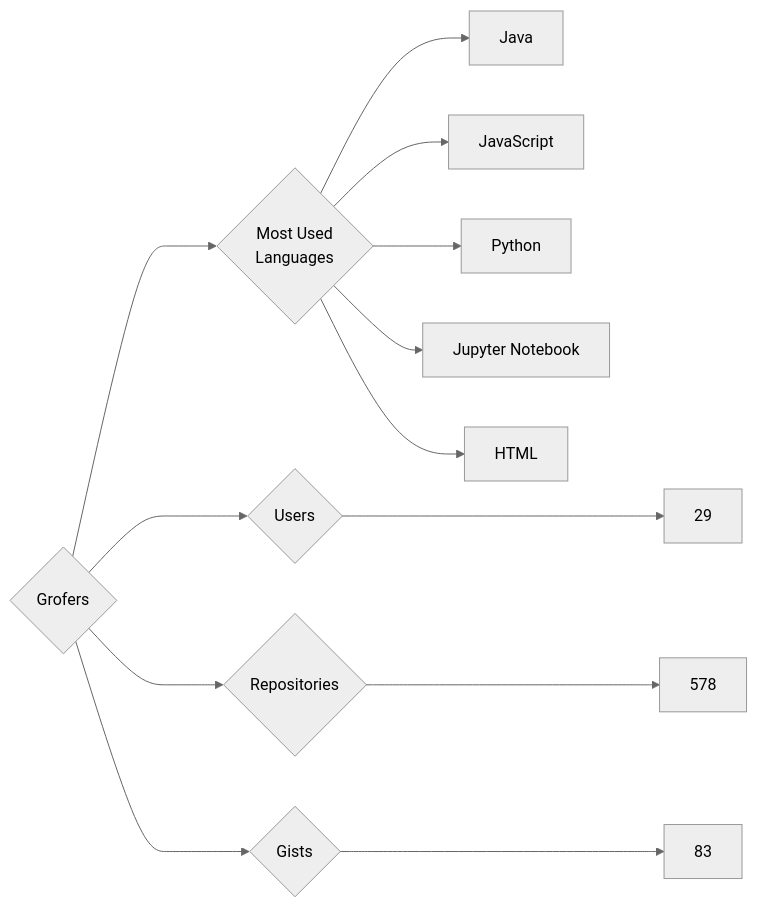
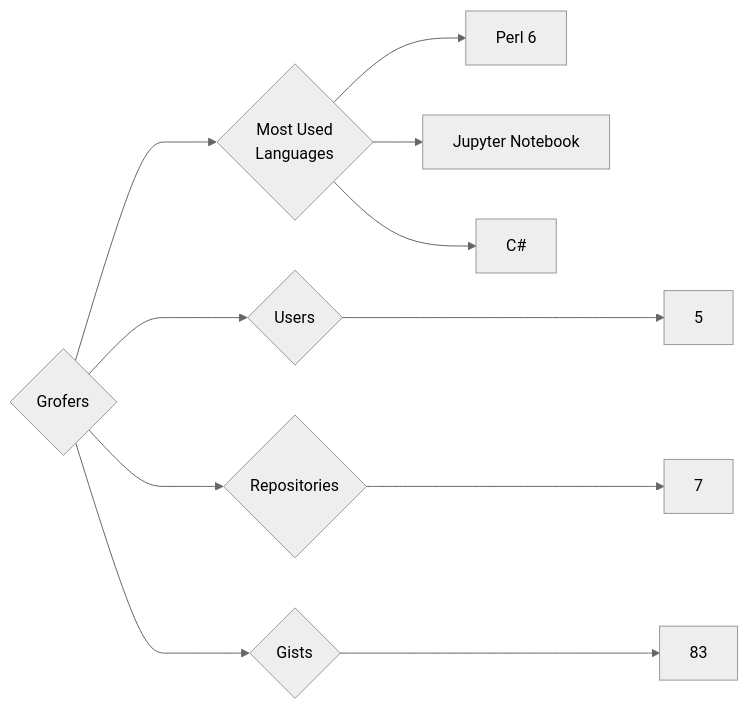
Before and after one commit to trickest/insiders: the diagram in targets/Grofers/README.md, drawn with Mermaid (neutral theme). The commit also changed 934 other files, not shown here.

````diff
--- a/targets/Grofers/README.md
+++ b/targets/Grofers/README.md
@@ -3,13 +3,11 @@
 ```mermaid
 graph LR
 COMPANY_NAME{Grofers}
-COMPANY_NAME ---> U{Users} ---> UN[29]
-COMPANY_NAME ---> R{Repositories} ---> RN[578]
+COMPANY_NAME ---> U{Users} ---> UN[5]
+COMPANY_NAME ---> R{Repositories} ---> RN[7]
 COMPANY_NAME ---> G{Gists} ---> GN[83]
 COMPANY_NAME ---> ML{Most Used<br>Languages}
-ML --> Java[Java]
-ML --> JavaScript[JavaScript]
-ML --> Python[Python]
+ML --> Perl_6[Perl 6]
 ML --> Jupyter_Notebook[Jupyter Notebook]
-ML --> HTML[HTML]
+ML --> C#[C#]
 ```
````
